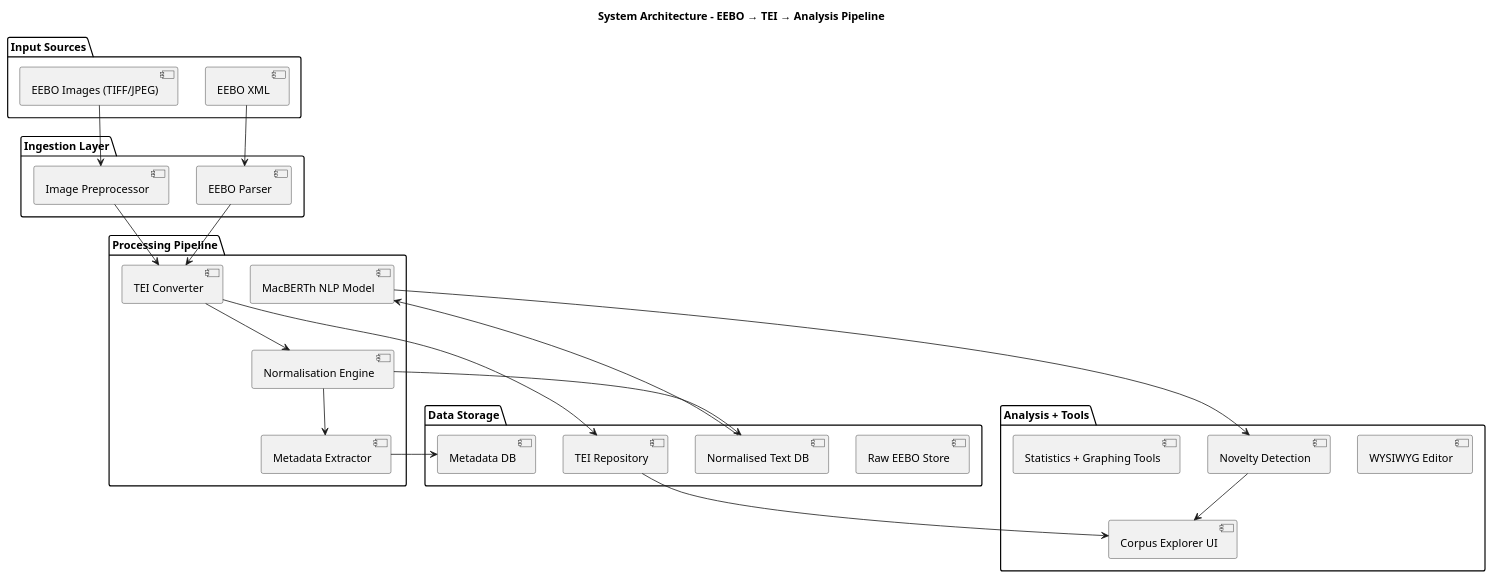
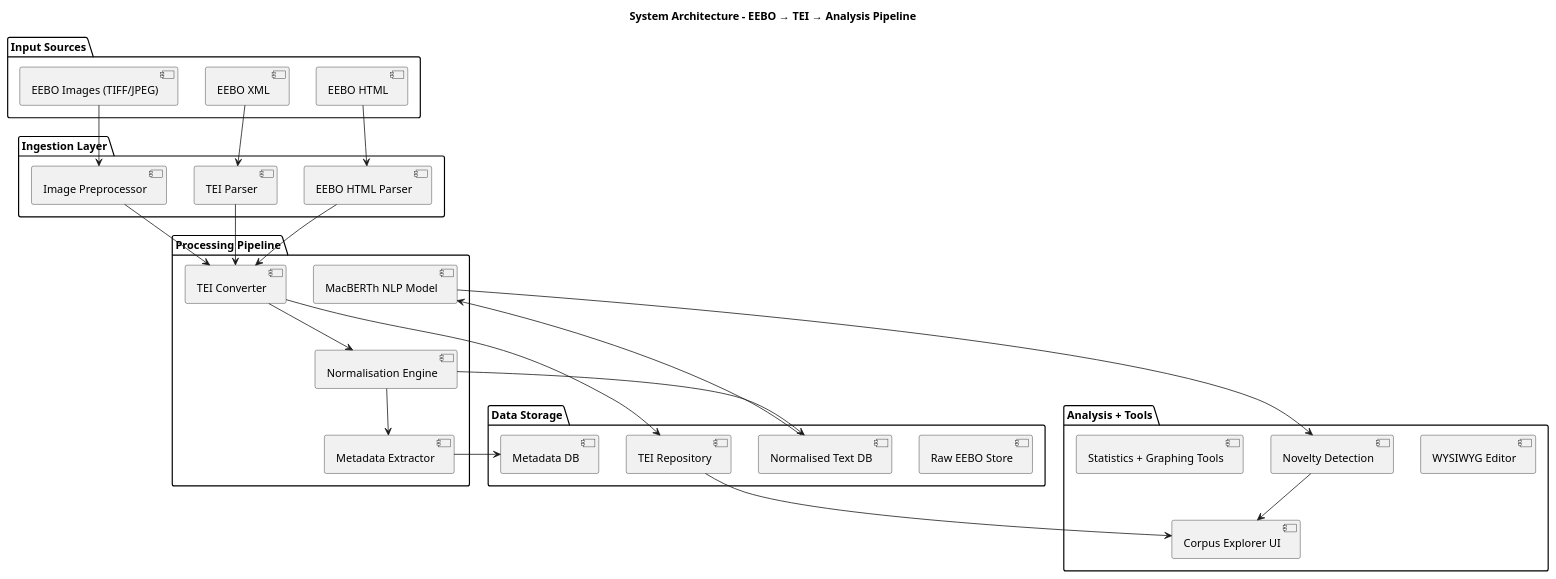
Before and after one commit to leegee/mutatis-mutandis: the diagram in docs/uml/component_diagram.puml, drawn with PlantUML.

Commit message:
Add EEBO HTML

```diff
--- a/docs/uml/component_diagram.puml
+++ b/docs/uml/component_diagram.puml
@@ -1,54 +1,58 @@
 @startuml
 title System Architecture – EEBO → TEI → Analysis Pipeline
 
 package "Input Sources" {
+  [EEBO HTML]
   [EEBO XML]
   [EEBO Images (TIFF/JPEG)]
 }
 
 package "Ingestion Layer" {
-  [EEBO Parser]
+  [EEBO HTML Parser]
+  [TEI Parser]
   [Image Preprocessor]
 }
 
 package "Processing Pipeline" {
   [TEI Converter]
   [Normalisation Engine]
   [MacBERTh NLP Model]
   [Metadata Extractor]
 }
 
 package "Data Storage" {
   [Raw EEBO Store]
   [TEI Repository]
   [Normalised Text DB]
   [Metadata DB]
 }
 
 package "Analysis + Tools" {
   [Corpus Explorer UI]
   [WYSIWYG Editor]
   [Novelty Detection]
   [Statistics + Graphing Tools]
 }
 
-[EEBO XML] --> [EEBO Parser]
+[EEBO HTML] --> [EEBO HTML Parser]
+[EEBO XML] --> [TEI Parser]
 [EEBO Images (TIFF/JPEG)] --> [Image Preprocessor]
 
-[EEBO Parser] --> [TEI Converter]
+[EEBO HTML Parser] --> [TEI Converter]
+[TEI Parser] --> [TEI Converter]
 [Image Preprocessor] --> [TEI Converter]
 
 [TEI Converter] --> [TEI Repository]
 [TEI Converter] --> [Normalisation Engine]
 
 [Normalisation Engine] --> [Normalised Text DB]
 [Normalisation Engine] --> [Metadata Extractor]
 [Metadata Extractor] --> [Metadata DB]
 
 [Normalised Text DB] --> [MacBERTh NLP Model]
 [TEI Repository] --> [Corpus Explorer UI]
 
 [MacBERTh NLP Model] --> [Novelty Detection]
 [Novelty Detection] --> [Corpus Explorer UI]
 
 @enduml
```
